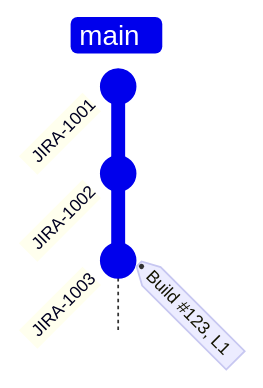
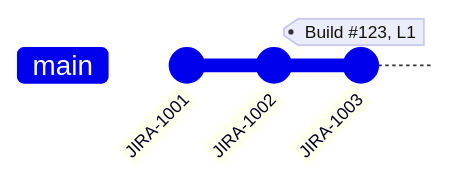
One commit to SeanDodds/Playground changed the second of 2 diagrams in README.md. Above: the diagram before and after it, drawn with Mermaid.

````diff
--- a/README.md
+++ b/README.md
@@ -11,7 +11,7 @@
 ``` mermaid
-    gitGraph TB:
+    gitGraph 
        commit id: "JIRA-1001"
        commit id: "JIRA-1002"
        commit id: "JIRA-1003" tag: "Build #123, L1"
      
 ```
````
